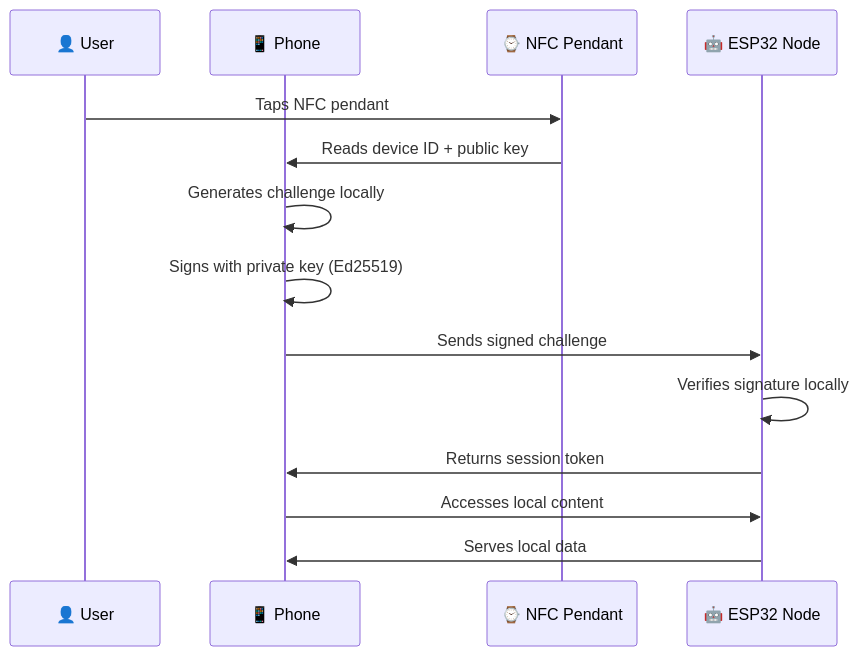
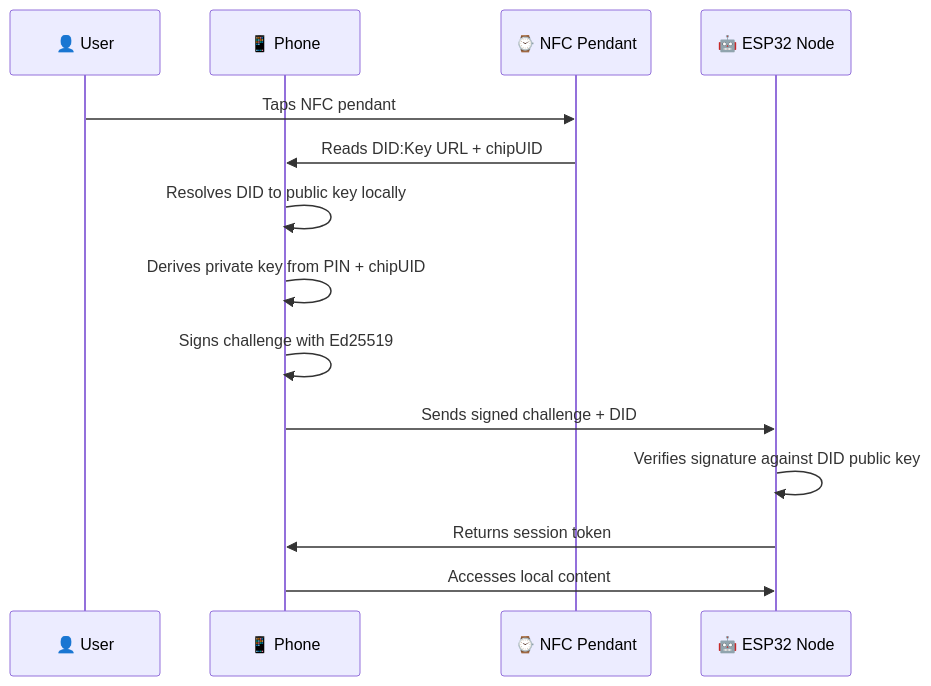
The second of 2 diagrams in docs/ARCHITECTURE.md (bradleycr/kairos-okr-roadmap), drawn with Mermaid before and after one commit. The commit also changed other lines of this file and 35 other files, not shown here.

````diff
--- a/docs/ARCHITECTURE.md
+++ b/docs/ARCHITECTURE.md
@@ -59,17 +61,17 @@
 ```mermaid
 sequenceDiagram
     participant U as 👤 User
     participant P as 📱 Phone
     participant N as ⌚ NFC Pendant
     participant E as 🤖 ESP32 Node
     
     U->>N: Taps NFC pendant
-    N->>P: Reads device ID + public key
-    P->>P: Generates challenge locally
-    P->>P: Signs with private key (Ed25519)
-    P->>E: Sends signed challenge
-    E->>E: Verifies signature locally
+    N->>P: Reads DID:Key URL + chipUID
+    P->>P: Resolves DID to public key locally
+    P->>P: Derives private key from PIN + chipUID
+    P->>P: Signs challenge with Ed25519
+    P->>E: Sends signed challenge + DID
+    E->>E: Verifies signature against DID public key
     E->>P: Returns session token
     P->>E: Accesses local content
-    E->>P: Serves local data
 ```
````
